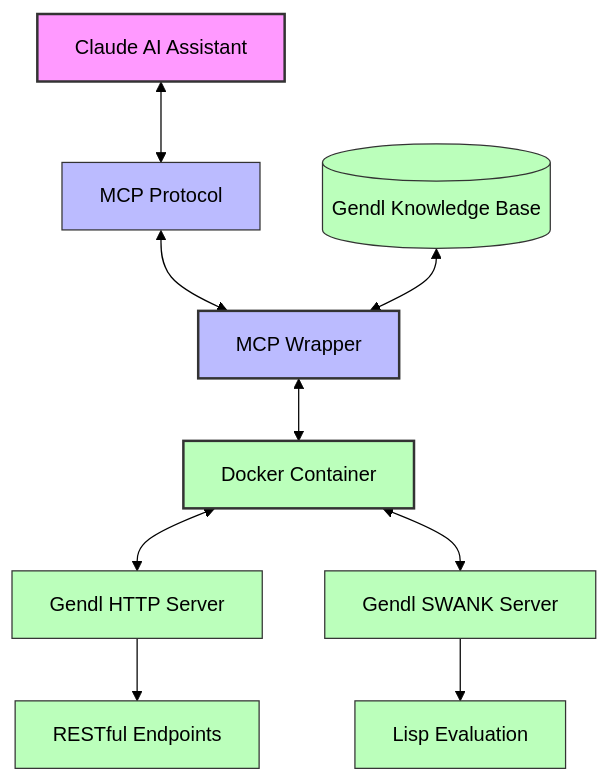
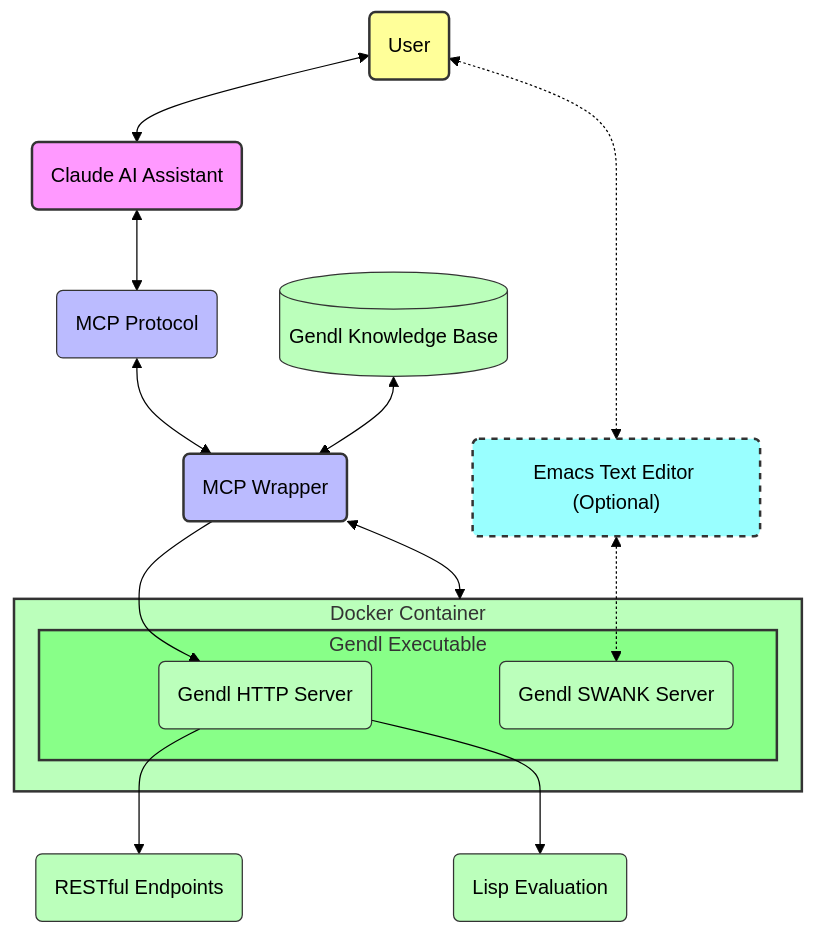
One commit to gendl/gendl-mcp changed the diagram in README.md. Above: the diagram before and after it, drawn with Mermaid (forest theme).

Commit message:
fix up mermaid diagram

````diff
--- a/README.md
+++ b/README.md
@@ -45,23 +45,37 @@
 ```mermaid
 flowchart TB
-    Claude[Claude AI Assistant] <--> MCP[MCP Protocol]
-    MCP <--> Wrapper[MCP Wrapper]
-    Wrapper <--> Docker[Docker Container]
-    Docker <--> GendlHttp[Gendl HTTP Server]
-    Docker <--> GendlSwank[Gendl SWANK Server]
+    User("User") <--> Claude("Claude AI Assistant")
+    User <-.-> Emacs("Emacs Text Editor (Optional)")
     
-    KB[(Gendl Knowledge Base)] <--> Wrapper
+    Claude <--> MCP("MCP Protocol")
+    MCP <--> Wrapper("MCP Wrapper")
+    Wrapper <--> Docker("Docker Container")
+    Wrapper --> GendlHttp("Gendl HTTP Server")
     
-    GendlHttp --> Endpoints[RESTful Endpoints]
-    GendlSwank --> LispEval[Lisp Evaluation]
+    subgraph Docker["Docker Container"]
+    subgraph GendlExec["Gendl Executable"]
+    GendlHttp
+    GendlSwank("Gendl SWANK Server")
+    end
+    end
     
+    Emacs <-.-> GendlSwank
+    
+    KB[("Gendl Knowledge Base")] <--> Wrapper
+    
+    GendlHttp --> Endpoints("RESTful Endpoints")
+    GendlHttp --> LispEval("Lisp Evaluation")
+    
+    style User fill:#ff9,stroke:#333,stroke-width:2px
     style Claude fill:#f9f,stroke:#333,stroke-width:2px
+    style Emacs fill:#9ff,stroke:#333,stroke-width:2px,stroke-dasharray:5
     style Wrapper fill:#bbf,stroke:#333,stroke-width:2px
     style MCP fill:#bbf,stroke:#333,stroke-width:1px
     style Docker fill:#bfb,stroke:#333,stroke-width:2px
+    style GendlExec fill:#8f8,stroke:#333,stroke-width:2px
     style GendlHttp fill:#bfb,stroke:#333,stroke-width:1px
     style GendlSwank fill:#bfb,stroke:#333,stroke-width:1px
     style KB fill:#bfb,stroke:#333,stroke-width:1px
     style Endpoints fill:#bfb,stroke:#333,stroke-width:1px
     style LispEval fill:#bfb,stroke:#333,stroke-width:1px
 ```
````
